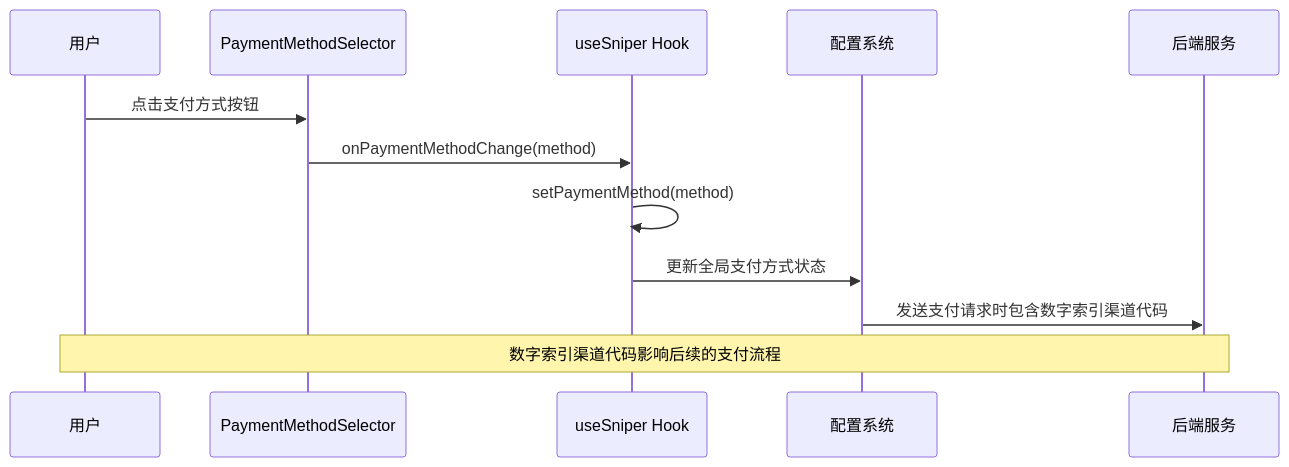
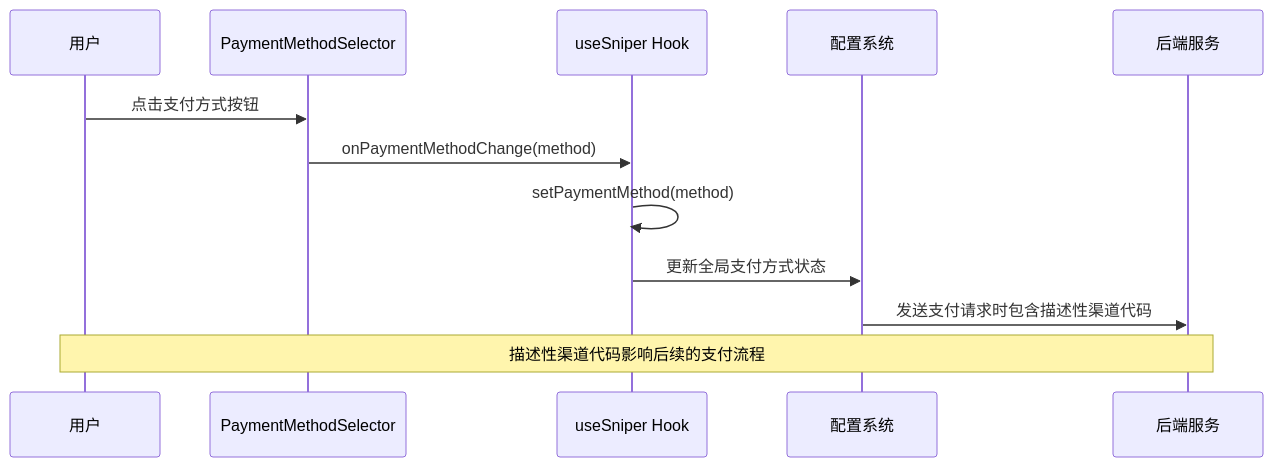
One commit to 16499259-oss/GLM-sniper changed the second of 6 diagrams in .qoder/repowiki/zh/content/UI组件/支付方法选择器.md. Above: the diagram before and after it, drawn with Mermaid. The commit also changed other lines of this file and 4 other files, not shown here.

````diff
--- a/.qoder/repowiki/zh/content/UI组件/支付方法选择器.md
+++ b/.qoder/repowiki/zh/content/UI组件/支付方法选择器.md
@@ -108,14 +106,14 @@
 ```mermaid
 sequenceDiagram
 participant User as 用户
 participant UI as PaymentMethodSelector
 participant Hook as useSniper Hook
 participant Config as 配置系统
 participant Server as 后端服务
 User->>UI : 点击支付方式按钮
 UI->>Hook : onPaymentMethodChange(method)
 Hook->>Hook : setPaymentMethod(method)
 Hook->>Config : 更新全局支付方式状态
-Config->>Server : 发送支付请求时包含数字索引渠道代码
-Note over User,Server : 数字索引渠道代码影响后续的支付流程
+Config->>Server : 发送支付请求时包含描述性渠道代码
+Note over User,Server : 描述性渠道代码影响后续的支付流程
 ```
````
